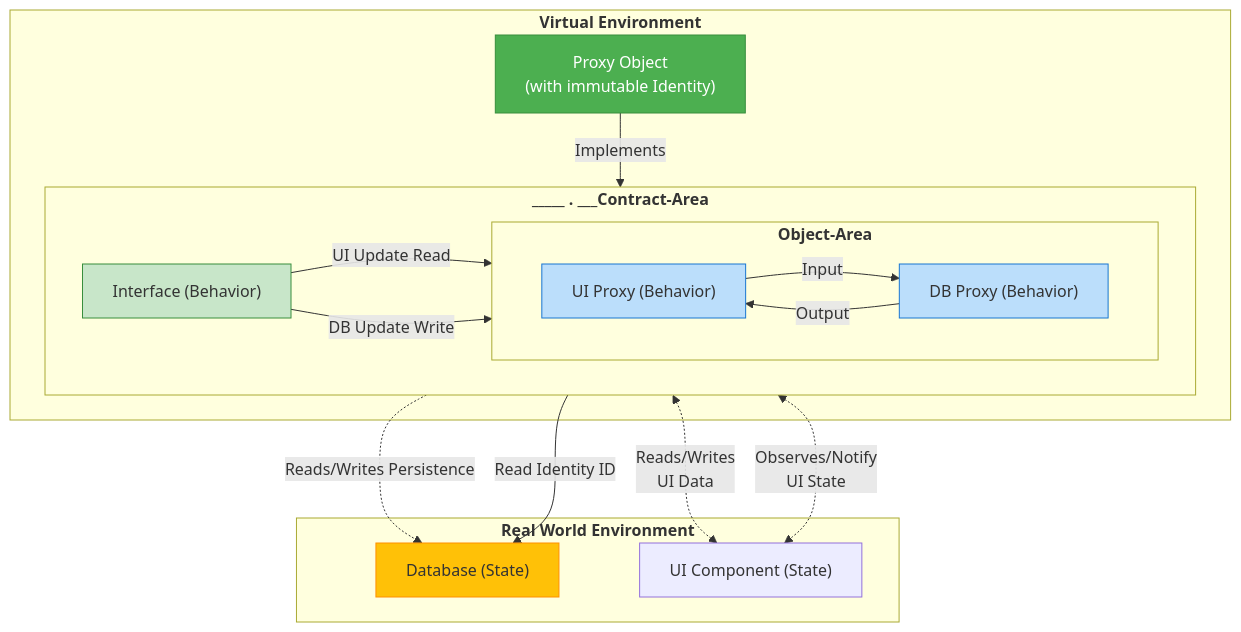
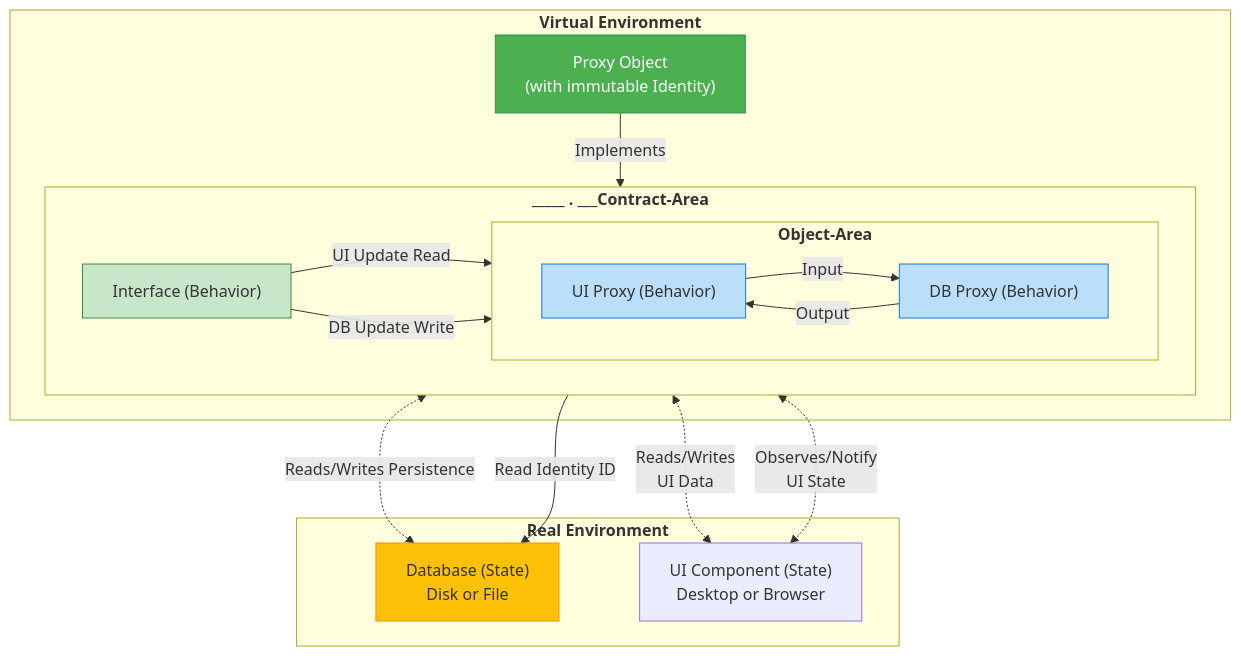
The diagram in blog/good_object_mechanics.md (andreas-wagner-dev/object-oriented-learning-journey), drawn with Mermaid before and after one commit.

````diff
--- a/blog/good_object_mechanics.md
+++ b/blog/good_object_mechanics.md
@@ -353,55 +353,55 @@
 ```mermaid
 %% Diagram 3: Simplified Flow of Data Animation and Behavior Delegation
 graph TB
     %% 1. Immutable Domain Object 
     subgraph "<b>Virtual Environment</b>"
 
         A["Proxy Object<br/>(with immutable Identity)"]
         style A fill:#4CAF50,stroke:#388E3C,color:#fff
 
         %% 2. The Contract and Behavior Delegation
         subgraph "<b>_____ . ___Contract-Area</b>"
         direction LR
             B["Interface (Behavior)"]
             style B fill:#C8E6C9,stroke:#388E3C
         
             %% 3. Technical Object Area (Real World Interface)
             subgraph "<b>Object-Area</b>"
              direction LR
                 C["UI Proxy (Behavior)"]
                 D["DB Proxy (Behavior)"]
 
                 style C fill:#BBDEFB,stroke:#1976D2
                 style D fill:#BBDEFB,stroke:#1976D2
             
                 %% Internal interface communication.
             
             end
 
         end
 
     end
 
     %% 4. The Real Mutable Data Storage
-    subgraph "<b>Real World Environment</b>"
-        F["Database (State)"]
+    subgraph "<b>Real Environment</b>"
+        F["Database (State)<br/>Disk or File"]
         style F fill:#FFC107,stroke:#FF8F00
 
-        C <-.->|Reads/Writes<br/>UI Data| E["UI Component (State)"]
+        C <-.->|Reads/Writes<br/>UI Data| E["UI Component (State)<br/>Desktop or Browser"]
         C <-.->|Observes/Notify<br/>UI State| E
-        D -.->|Reads/Writes Persistence| F
+        D <-.->|Reads/Writes Persistence| F
     end
     
     %% The Immutable Object holds the key and delegates all work to the interface.
 
     A -- Implements --> B
     D -- Read Identity ID --> F
 
     %% The Interface is implemented by the technical components.
 
     B -- UI Update Read --> C
     B -- DB Update Write --> D
 
    C -- Input --> D
    D -- Output --> C
 ```
````
